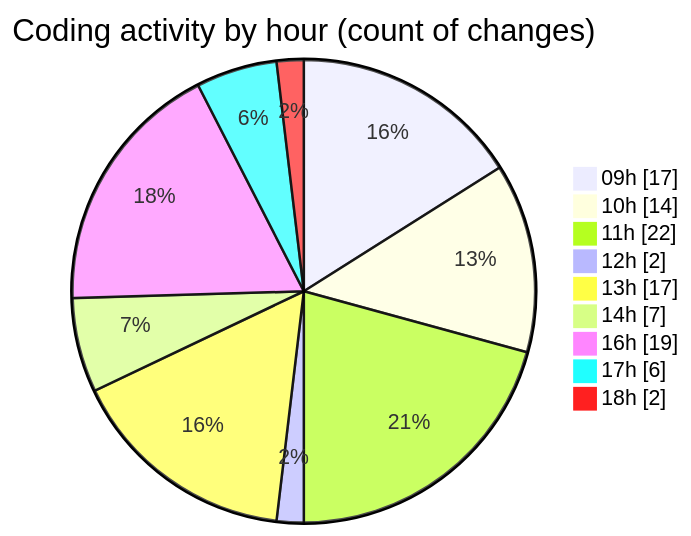
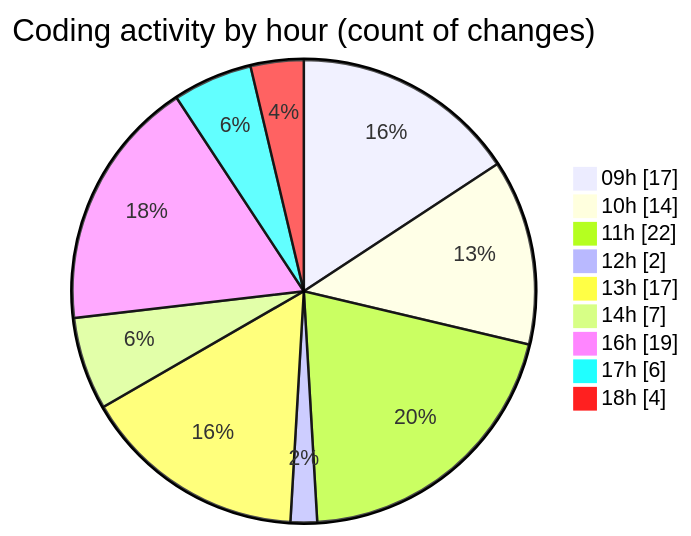
The second of 2 diagrams in 2026-04-28/cda/README.md (momahboobian/code-tracking), drawn with Mermaid before and after one commit. The commit also changed other lines of this file and 1 other file, not shown here.

````diff
--- a/2026-04-28/cda/README.md
+++ b/2026-04-28/cda/README.md
@@ -58,13 +58,13 @@
 ```mermaid
 pie showData
 title Coding activity by hour (count of changes)
 "09h" : 17
 "10h" : 14
 "11h" : 22
 "12h" : 2
 "13h" : 17
 "14h" : 7
 "16h" : 19
 "17h" : 6
-"18h" : 2
+"18h" : 4
 ```
````
